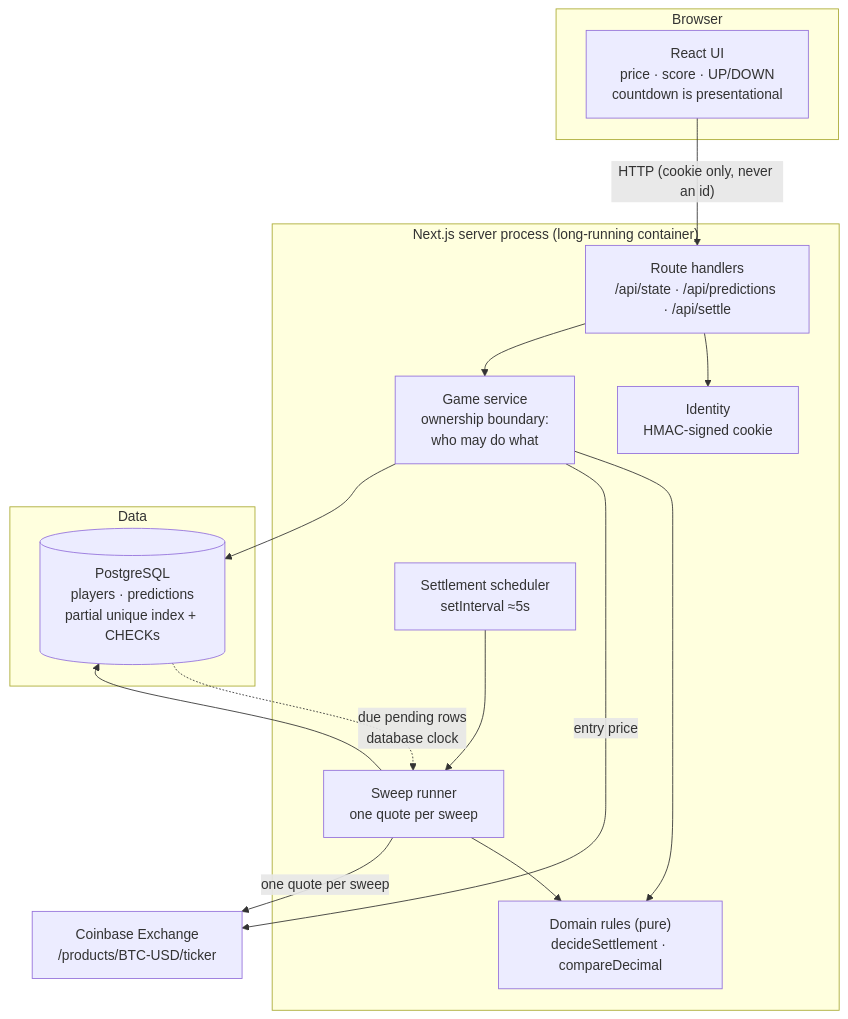
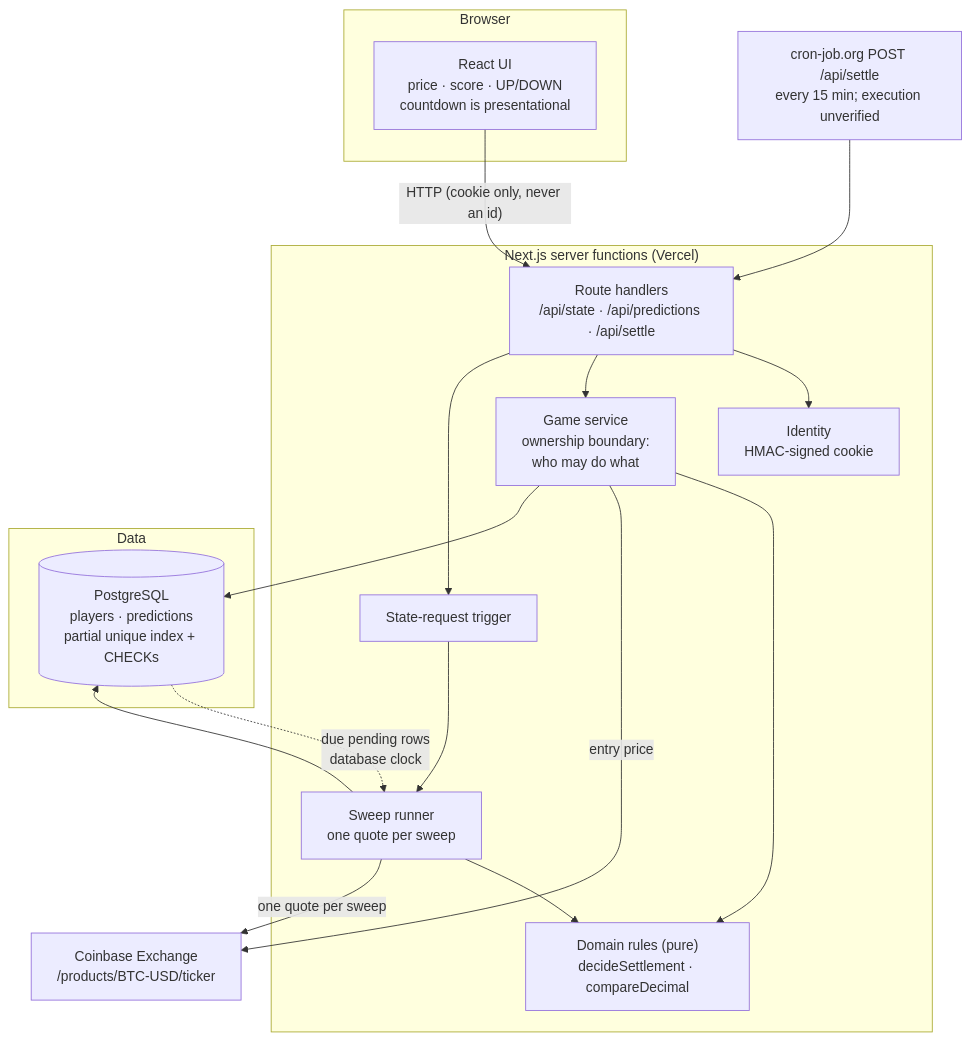
The first of 2 diagrams in README.md (hitchcock9000/bitcoin-prediction-game), drawn with Mermaid before and after one commit. The commit also changed other lines of this file and 2 other files, not shown here.

````diff
--- a/README.md
+++ b/README.md
@@ -243,33 +260,36 @@
 ```mermaid
 flowchart TB
   subgraph browser["Browser"]
     UI["React UI<br/>price · score · UP/DOWN<br/>countdown is presentational"]
   end
 
-  subgraph server["Next.js server process (long-running container)"]
+  subgraph server["Next.js server functions (Vercel)"]
     API["Route handlers<br/>/api/state · /api/predictions · /api/settle"]
     SVC["Game service<br/>ownership boundary:<br/>who may do what"]
     RULES["Domain rules (pure)<br/>decideSettlement · compareDecimal"]
-    SCHED["Settlement scheduler<br/>setInterval ≈5s"]
+    SCHED["State-request trigger"]
     SWEEP["Sweep runner<br/>one quote per sweep"]
     IDENT["Identity<br/>HMAC-signed cookie"]
   end
 
   subgraph data["Data"]
     DB[("PostgreSQL<br/>players · predictions<br/>partial unique index + CHECKs")]
   end
 
   COINBASE["Coinbase Exchange<br/>/products/BTC-USD/ticker"]
+  CRON["cron-job.org POST /api/settle<br/>every 15 min; execution unverified"]
 
   UI -->|"HTTP (cookie only, never an id)"| API
   API --> IDENT
   API --> SVC
+  API --> SCHED
+  CRON --> API
   SVC --> RULES
   SVC -->|"entry price"| COINBASE
   SVC --> DB
   SCHED --> SWEEP
   SWEEP --> RULES
   SWEEP -->|"one quote per sweep"| COINBASE
   SWEEP --> DB
   DB -.->|"due pending rows<br/>database clock"| SWEEP
 ```
````
